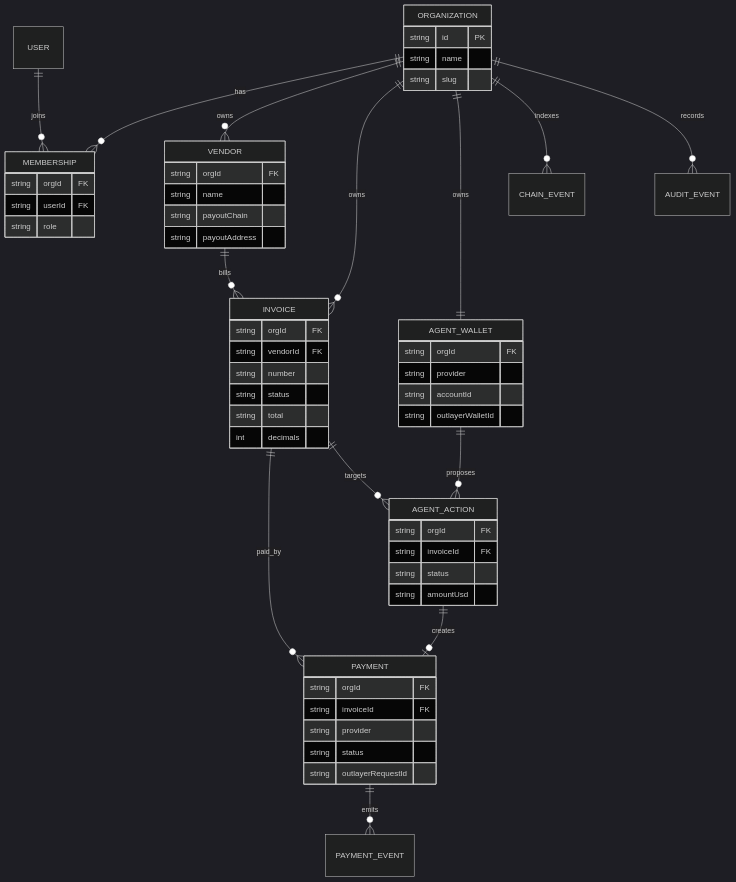
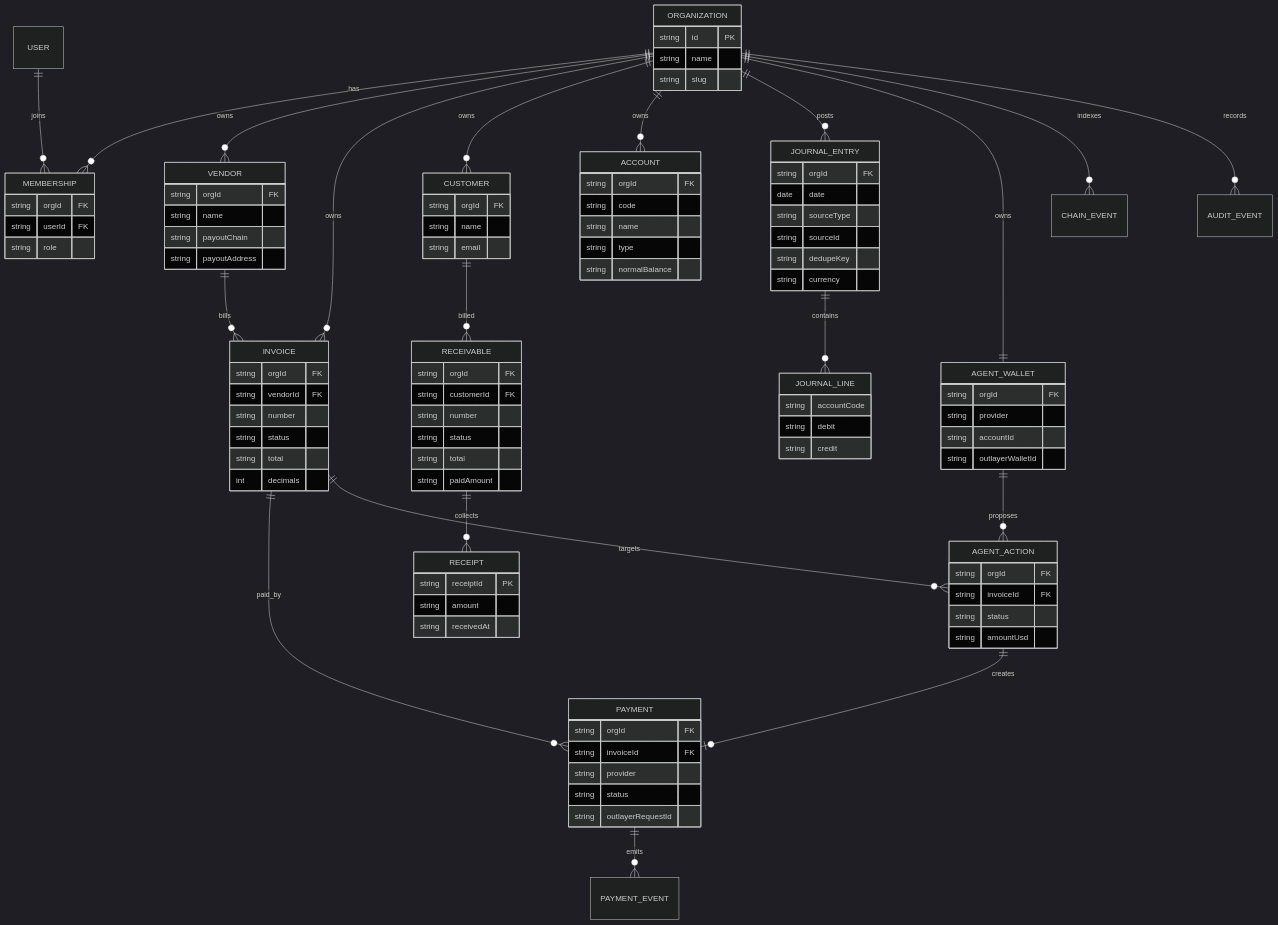
Before and after one commit to cryingraven/keiz-platform: diagram 13 of 15 in docs/architecture.md, drawn with Mermaid (dark theme). The commit also changed other lines of this file and 64 other files, not shown here.

```diff
--- a/docs/architecture.md
+++ b/docs/architecture.md
@@ -386,6 +448,12 @@
   VENDOR ||--o{ INVOICE : bills
   INVOICE ||--o{ PAYMENT : paid_by
   PAYMENT ||--o{ PAYMENT_EVENT : emits
+  ORGANIZATION ||--o{ CUSTOMER : owns
+  CUSTOMER ||--o{ RECEIVABLE : billed
+  RECEIVABLE ||--o{ RECEIPT : collects
+  ORGANIZATION ||--o{ ACCOUNT : owns
+  ORGANIZATION ||--o{ JOURNAL_ENTRY : posts
+  JOURNAL_ENTRY ||--o{ JOURNAL_LINE : contains
   ORGANIZATION ||--|| AGENT_WALLET : owns
   AGENT_WALLET ||--o{ AGENT_ACTION : proposes
   INVOICE ||--o{ AGENT_ACTION : targets
@@ -424,6 +492,44 @@
     string status
     string outlayerRequestId
   }
+  CUSTOMER {
+    string orgId FK
+    string name
+    string email
+  }
+  RECEIVABLE {
+    string orgId FK
+    string customerId FK
+    string number
+    string status
+    string total
+    string paidAmount
+  }
+  RECEIPT {
+    string receiptId PK
+    string amount
+    string receivedAt
+  }
+  ACCOUNT {
+    string orgId FK
+    string code
+    string name
+    string type
+    string normalBalance
+  }
+  JOURNAL_ENTRY {
+    string orgId FK
+    date date
+    string sourceType
+    string sourceId
+    string dedupeKey
+    string currency
+  }
+  JOURNAL_LINE {
+    string accountCode
+    string debit
+    string credit
+  }
   AGENT_WALLET {
     string orgId FK
     string provider
```
